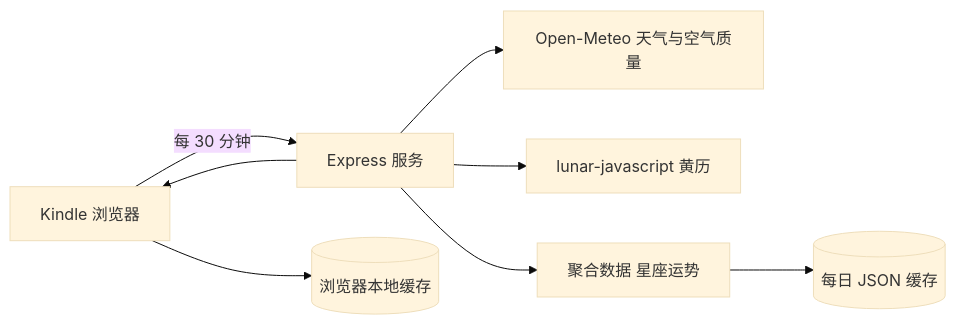
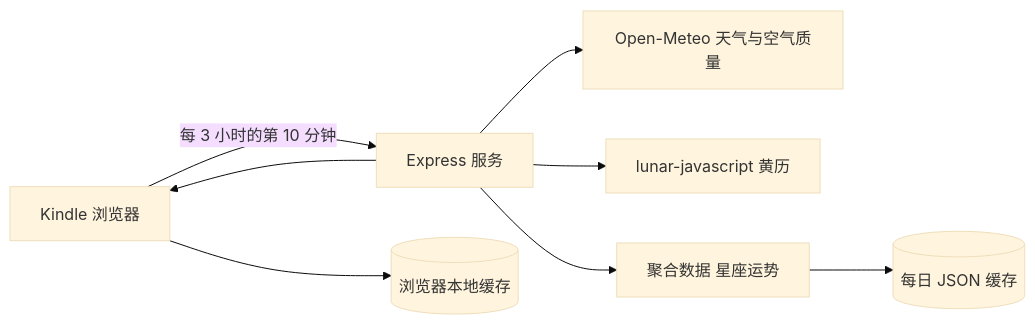
The diagram in README.md (Yvetteywy/KindleReborn), drawn with Mermaid (base theme) before and after one commit. The commit also changed other lines of this file and 2 other files, not shown here.

````diff
--- a/README.md
+++ b/README.md
@@ -35,10 +52,10 @@
 ```mermaid
 flowchart LR
-    K[Kindle 浏览器] -->|每 30 分钟| S[Express 服务]
+    K[Kindle 浏览器] -->|每 3 小时的第 10 分钟| S[Express 服务]
     S --> W[Open-Meteo 天气与空气质量]
     S --> L[lunar-javascript 黄历]
     S --> J[聚合数据 星座运势]
     J --> C[(每日 JSON 缓存)]
     S --> K
     K --> B[(浏览器本地缓存)]
 ```
````
